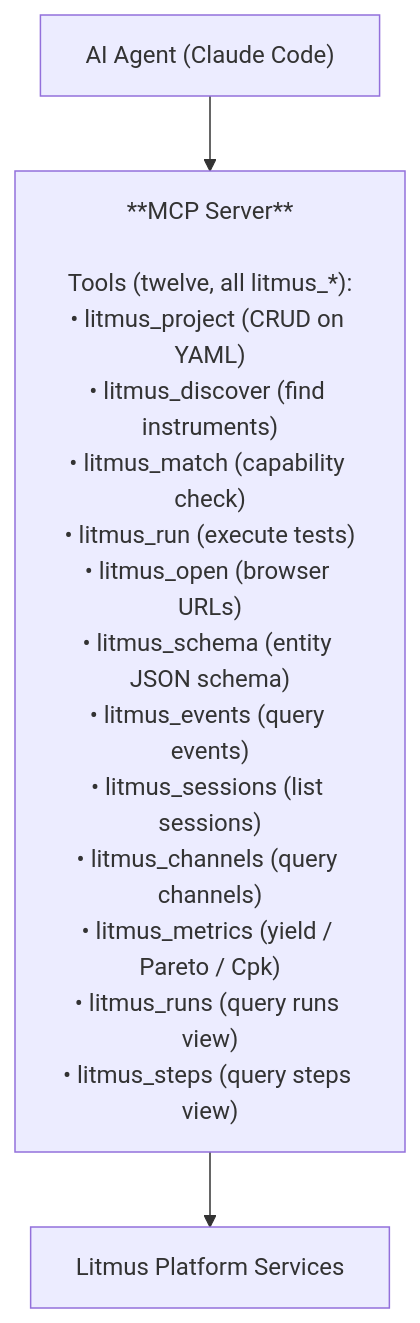
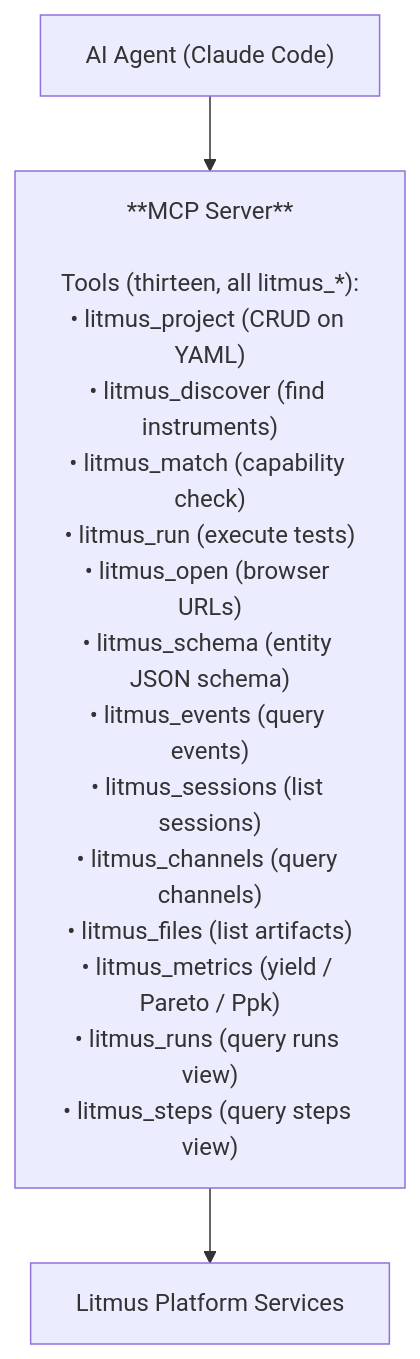
Before and after one commit to pragmatest-dev/testerkit: the first of 2 diagrams in docs/concepts/overview/platform-vs-framework.md, drawn with Mermaid. The commit also changed other lines of this file and 2 other files, not shown here.

````diff
--- a/docs/concepts/overview/platform-vs-framework.md
+++ b/docs/concepts/overview/platform-vs-framework.md
@@ -83,8 +83,8 @@
 ```mermaid
 flowchart TB
     agent["AI Agent (Claude Code)"]
-    mcp["**MCP Server**<br/><br/>Tools (twelve, all litmus_*):<br/>• litmus_project (CRUD on YAML)<br/>• litmus_discover (find instruments)<br/>• litmus_match (capability check)<br/>• litmus_run (execute tests)<br/>• litmus_open (browser URLs)<br/>• litmus_schema (entity JSON schema)<br/>• litmus_events (query events)<br/>• litmus_sessions (list sessions)<br/>• litmus_channels (query channels)<br/>• litmus_metrics (yield / Pareto / Cpk)<br/>• litmus_runs (query runs view)<br/>• litmus_steps (query steps view)"]
+    mcp["**MCP Server**<br/><br/>Tools (thirteen, all litmus_*):<br/>• litmus_project (CRUD on YAML)<br/>• litmus_discover (find instruments)<br/>• litmus_match (capability check)<br/>• litmus_run (execute tests)<br/>• litmus_open (browser URLs)<br/>• litmus_schema (entity JSON schema)<br/>• litmus_events (query events)<br/>• litmus_sessions (list sessions)<br/>• litmus_channels (query channels)<br/>• litmus_files (list artifacts)<br/>• litmus_metrics (yield / Pareto / Ppk)<br/>• litmus_runs (query runs view)<br/>• litmus_steps (query steps view)"]
     platform["Litmus Platform Services"]
 
     agent --> mcp --> platform
 ```
````
